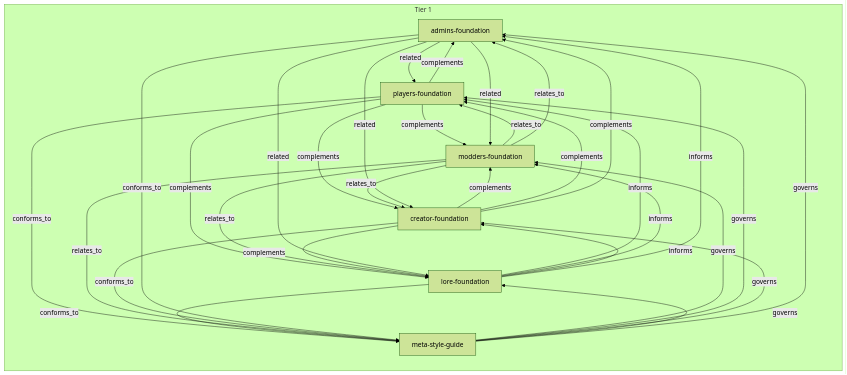
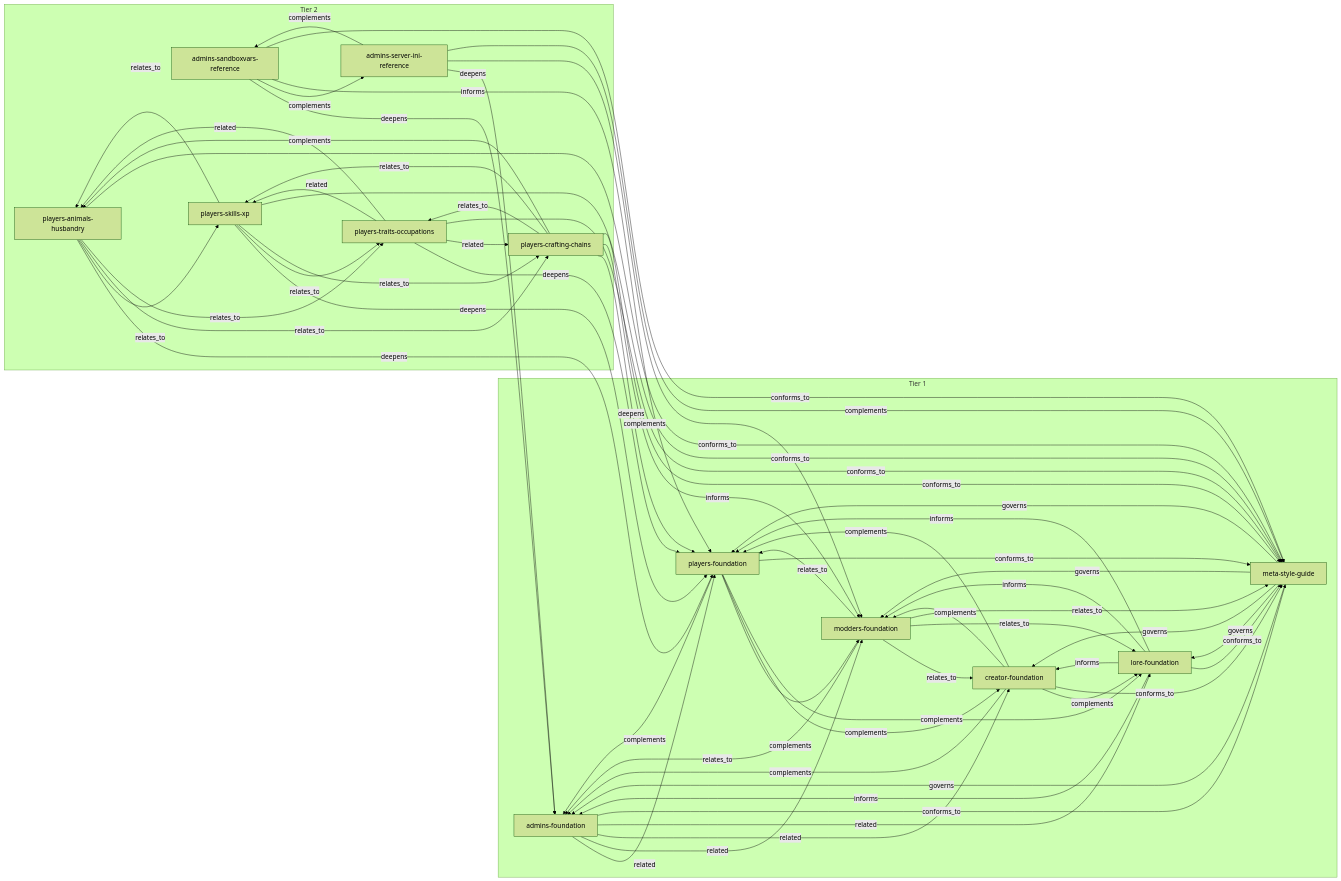
One commit to VainAsher/project-zomboid-kb changed the diagram in exports/knowledge-graph.mmd. Above: the diagram before and after it, drawn with Mermaid (forest theme). The commit also changed 16 other files, not shown here.

First line of the commit message:
Complete wave A merge; arm server-setting gate (166 ini + 277 sandbox keys)

```diff
--- a/exports/knowledge-graph.mmd
+++ b/exports/knowledge-graph.mmd
@@ -1,39 +1,76 @@
 graph LR
   subgraph Tier1["Tier 1"]
     admins_foundation["admins-foundation"]
     creator_foundation["creator-foundation"]
     lore_foundation["lore-foundation"]
     meta_style_guide["meta-style-guide"]
     modders_foundation["modders-foundation"]
     players_foundation["players-foundation"]
+  end
+  subgraph Tier2["Tier 2"]
+    admins_sandboxvars_reference["admins-sandboxvars-reference"]
+    admins_server_ini_reference["admins-server-ini-reference"]
+    players_animals_husbandry["players-animals-husbandry"]
+    players_crafting_chains["players-crafting-chains"]
+    players_skills_xp["players-skills-xp"]
+    players_traits_occupations["players-traits-occupations"]
   end
   meta_style_guide -->|governs| modders_foundation
   meta_style_guide -->|governs| players_foundation
   meta_style_guide -->|governs| creator_foundation
   meta_style_guide -->|governs| lore_foundation
   meta_style_guide -->|governs| admins_foundation
   players_foundation -->|complements| modders_foundation
   players_foundation -->|complements| creator_foundation
   players_foundation -->|complements| lore_foundation
   players_foundation -->|complements| admins_foundation
   players_foundation -->|conforms_to| meta_style_guide
   lore_foundation -->|informs| players_foundation
   lore_foundation -->|informs| modders_foundation
   lore_foundation -->|informs| creator_foundation
   lore_foundation -->|informs| admins_foundation
   lore_foundation -->|conforms_to| meta_style_guide
   modders_foundation -->|relates_to| players_foundation
   modders_foundation -->|relates_to| creator_foundation
   modders_foundation -->|relates_to| lore_foundation
   modders_foundation -->|relates_to| meta_style_guide
   modders_foundation -->|relates_to| admins_foundation
   creator_foundation -->|complements| modders_foundation
   creator_foundation -->|complements| players_foundation
   creator_foundation -->|complements| lore_foundation
   creator_foundation -->|complements| admins_foundation
   creator_foundation -->|conforms_to| meta_style_guide
   admins_foundation -->|related| players_foundation
   admins_foundation -->|related| modders_foundation
   admins_foundation -->|related| creator_foundation
   admins_foundation -->|related| lore_foundation
   admins_foundation -->|conforms_to| meta_style_guide
+  players_skills_xp -->|deepens| players_foundation
+  players_skills_xp -->|relates_to| players_traits_occupations
+  players_skills_xp -->|relates_to| players_crafting_chains
+  players_skills_xp -->|relates_to| players_animals_husbandry
+  players_skills_xp -->|conforms_to| meta_style_guide
+  players_traits_occupations -->|deepens| players_foundation
+  players_traits_occupations -->|related| players_skills_xp
+  players_traits_occupations -->|related| players_crafting_chains
+  players_traits_occupations -->|related| players_animals_husbandry
+  players_traits_occupations -->|conforms_to| meta_style_guide
+  players_crafting_chains -->|deepens| players_foundation
+  players_crafting_chains -->|relates_to| players_skills_xp
+  players_crafting_chains -->|relates_to| players_traits_occupations
+  players_crafting_chains -->|complements| players_animals_husbandry
+  players_crafting_chains -->|informs| modders_foundation
+  players_crafting_chains -->|conforms_to| meta_style_guide
+  admins_sandboxvars_reference -->|deepens| admins_foundation
+  admins_sandboxvars_reference -->|complements| admins_server_ini_reference
+  admins_server_ini_reference -->|deepens| admins_foundation
+  admins_server_ini_reference -->|complements| admins_sandboxvars_reference
+  admins_server_ini_reference -->|complements| modders_foundation
+  admins_server_ini_reference -->|complements| meta_style_guide
+  players_animals_husbandry -->|deepens| players_foundation
+  players_animals_husbandry -->|relates_to| players_skills_xp
+  players_animals_husbandry -->|relates_to| players_crafting_chains
+  players_animals_husbandry -->|relates_to| players_traits_occupations
+  players_animals_husbandry -->|conforms_to| meta_style_guide
+  admins_sandboxvars_reference -->|informs| players_foundation
+  admins_sandboxvars_reference -->|conforms_to| meta_style_guide
```
